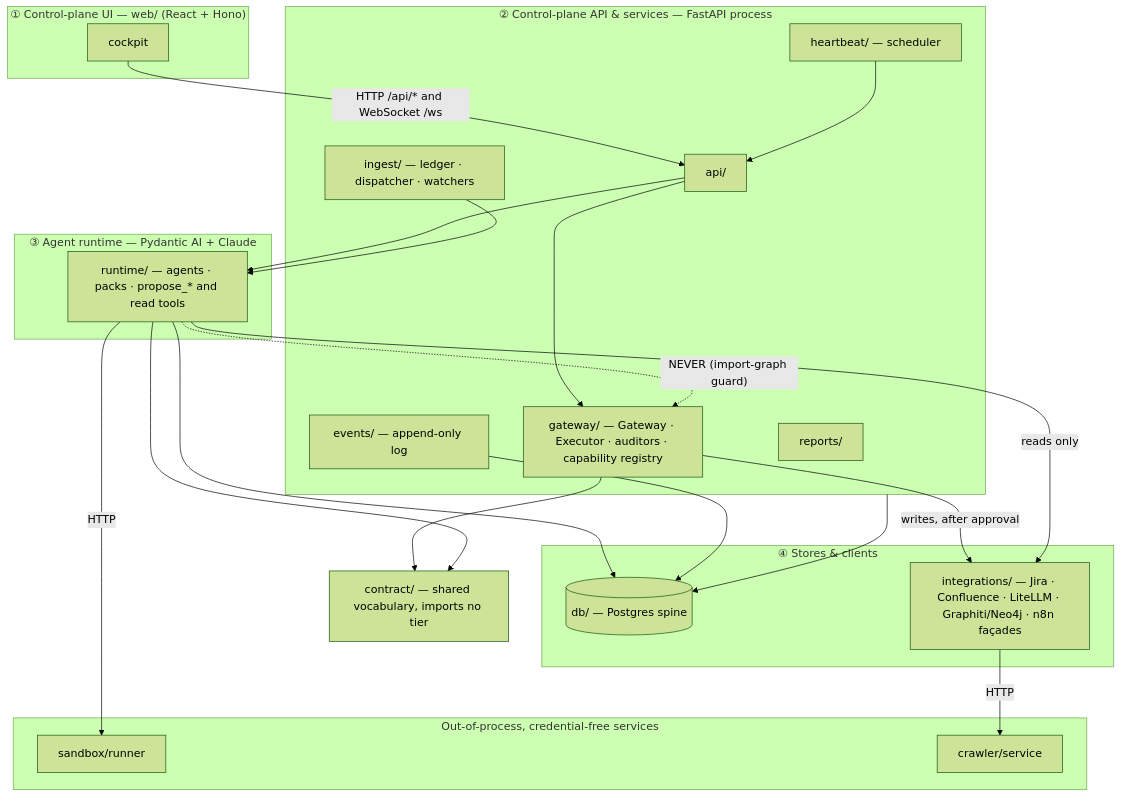
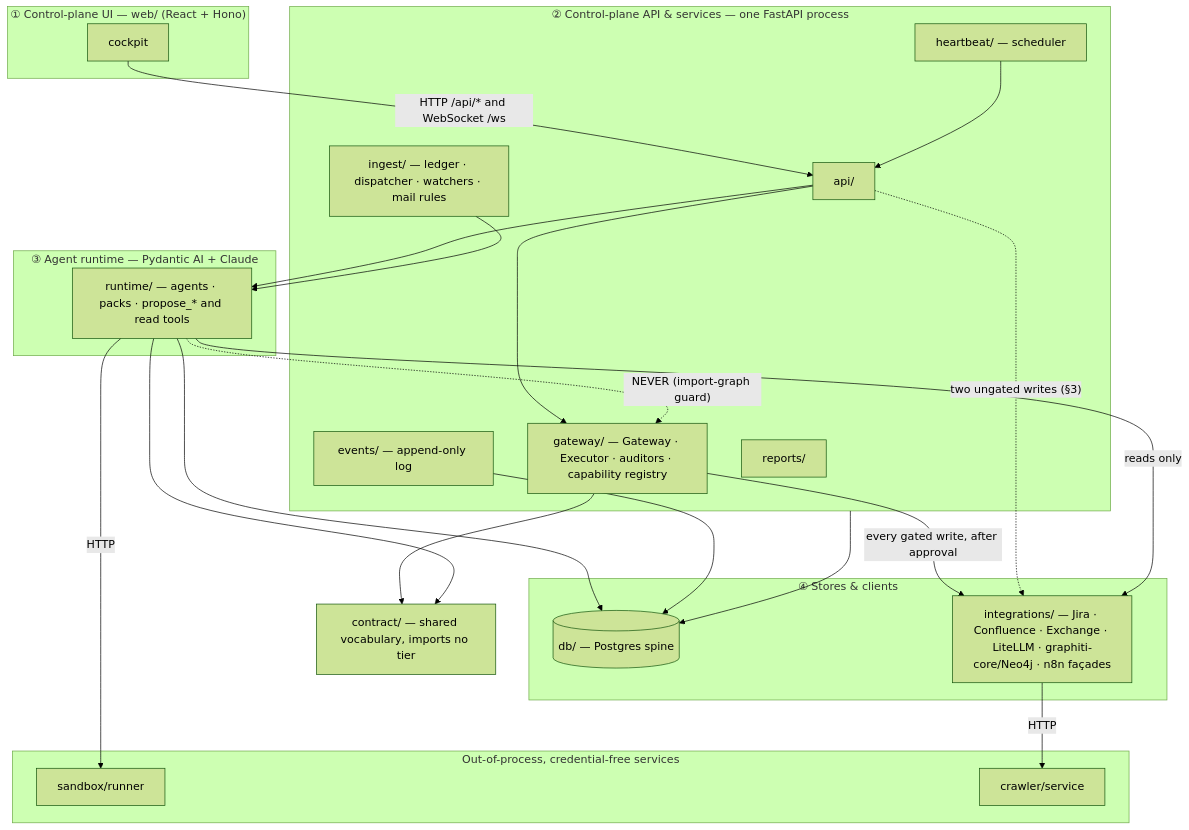
The first of 3 diagrams in docs/ARCHITECTURE.md (codyandrson/central-command), drawn with Mermaid (forest theme) before and after one commit. The commit also changed other lines of this file and 1 other file, not shown here.

First line of the commit message:
Story 2: the architecture document is refreshed and a guard ties it to the tree

````diff
--- a/docs/ARCHITECTURE.md
+++ b/docs/ARCHITECTURE.md
@@ -27,42 +38,43 @@
 ```mermaid
 flowchart TB
     subgraph T1["① Control-plane UI — web/ (React + Hono)"]
         UI[cockpit]
     end
-    subgraph T2["② Control-plane API & services — FastAPI process"]
+    subgraph T2["② Control-plane API & services — one FastAPI process"]
         API[api/]
         GW[gateway/ — Gateway · Executor · auditors · capability registry]
-        ING[ingest/ — ledger · dispatcher · watchers]
+        ING[ingest/ — ledger · dispatcher · watchers · mail rules]
         HB[heartbeat/ — scheduler]
         EV[events/ — append-only log]
         REP[reports/]
     end
     subgraph T3["③ Agent runtime — Pydantic AI + Claude"]
         RT[runtime/ — agents · packs · propose_* and read tools]
     end
     subgraph T4["④ Stores & clients"]
         DB[(db/ — Postgres spine)]
-        INT[integrations/ — Jira · Confluence · LiteLLM · Graphiti/Neo4j · n8n façades]
+        INT[integrations/ — Jira · Confluence · Exchange · LiteLLM · graphiti-core/Neo4j · n8n façades]
     end
     subgraph OOP["Out-of-process, credential-free services"]
         SBX[sandbox/runner]
         CRW[crawler/service]
     end
     CT[contract/ — shared vocabulary, imports no tier]
 
     UI -->|HTTP /api/* and WebSocket /ws| API
     API --> GW
     API --> RT
     ING --> RT
     HB --> API
-    GW -->|writes, after approval| INT
+    GW -->|every gated write, after approval| INT
+    API -.->|"two ungated writes (§3)"| INT
     RT -->|reads only| INT
     RT -.->|"NEVER (import-graph guard)"| GW
     RT -->|HTTP| SBX
     INT -->|HTTP| CRW
     T2 --> DB
     RT --> DB
     EV --> DB
     GW --> CT
     RT --> CT
 ```
````
